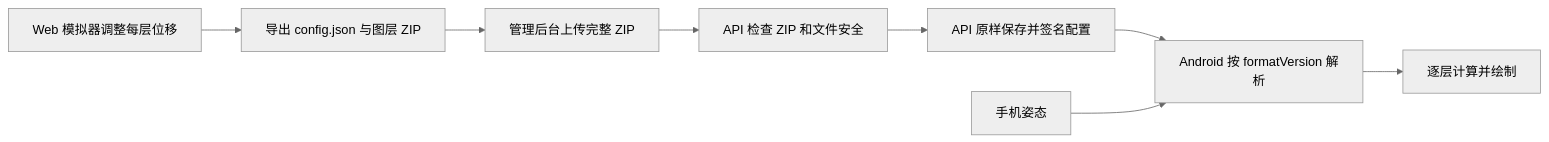
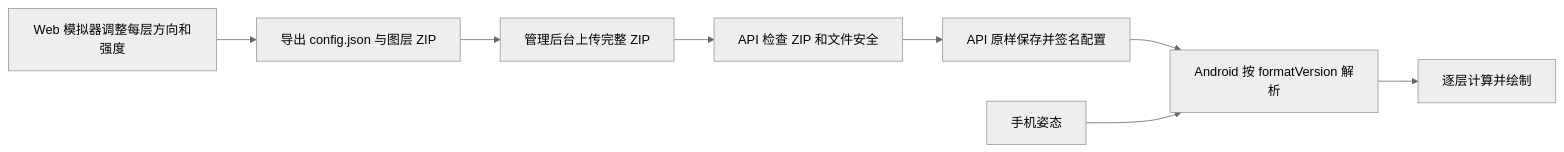
The diagram in docs/02-系统架构/ARC-003-4D分层视差壁纸原理.md (Jerry1254/wallpapersapp), drawn with Mermaid (neutral theme) before and after one commit. The commit also changed other lines of this file and 19 other files, not shown here.

````diff
--- a/docs/02-系统架构/ARC-003-4D分层视差壁纸原理.md
+++ b/docs/02-系统架构/ARC-003-4D分层视差壁纸原理.md
@@ -77,10 +83,10 @@
 ```mermaid
 flowchart LR
-    A[Web 模拟器调整每层位移] --> B[导出 config.json 与图层 ZIP]
+    A[Web 模拟器调整每层方向和强度] --> B[导出 config.json 与图层 ZIP]
     B --> C[管理后台上传完整 ZIP]
     C --> D[API 检查 ZIP 和文件安全]
     D --> E[API 原样保存并签名配置]
     E --> F[Android 按 formatVersion 解析]
     G[手机姿态] --> F
     F --> H[逐层计算并绘制]
 ```
````
